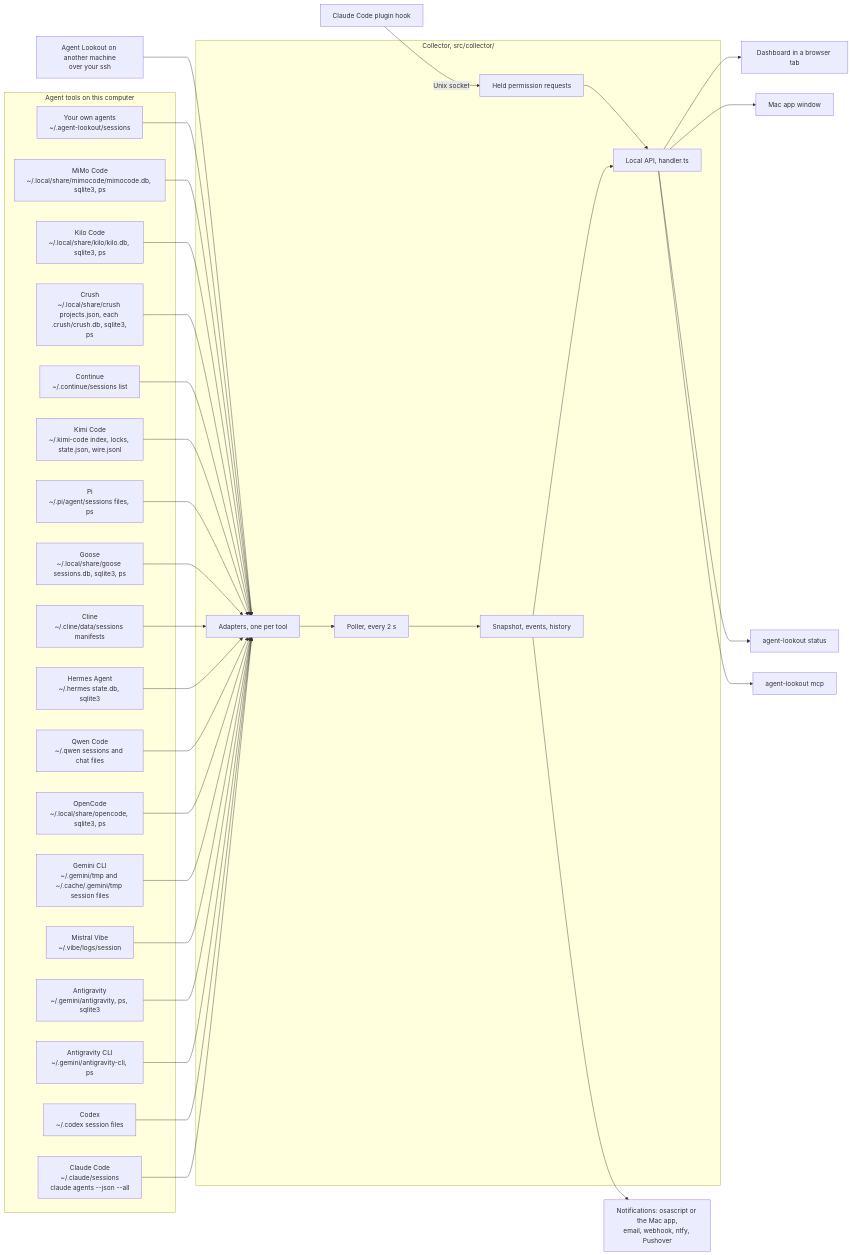
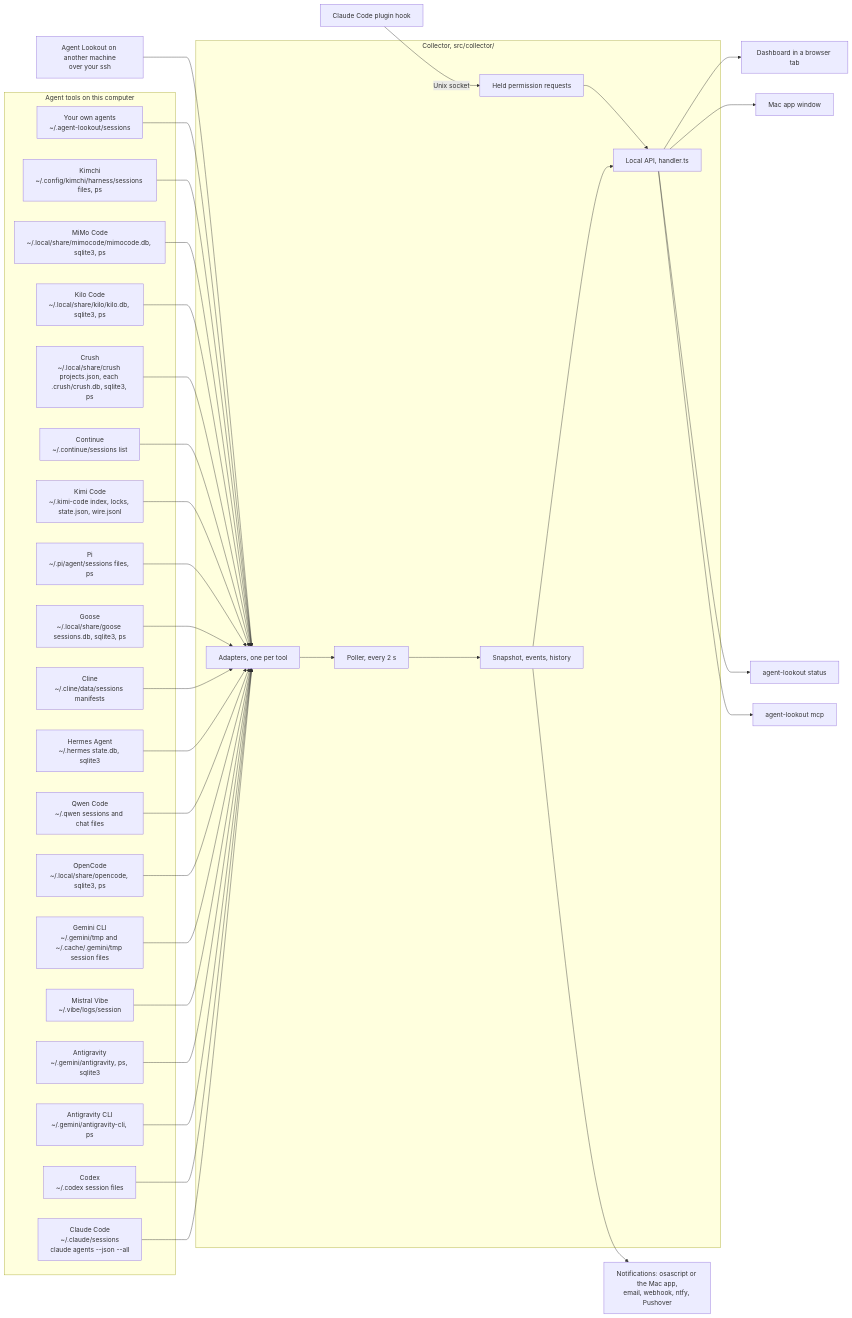
Before and after one commit to Olanetsoft/agent-lookout: the first of 4 diagrams in docs/TOUR.md, drawn with Mermaid. The commit also changed other lines of this file and 60 other files, not shown here.

````diff
--- a/docs/TOUR.md
+++ b/docs/TOUR.md
@@ -29,59 +29,61 @@
 ```mermaid
 flowchart LR
   subgraph tools["Agent tools on this computer"]
     cc["Claude Code<br/>~/.claude/sessions<br/>claude agents --json --all"]
     cx["Codex<br/>~/.codex session files"]
     ag["Antigravity CLI<br/>~/.gemini/antigravity-cli, ps"]
     aa["Antigravity<br/>~/.gemini/antigravity, ps, sqlite3"]
     mv["Mistral Vibe<br/>~/.vibe/logs/session"]
     gc["Gemini CLI<br/>~/.gemini/tmp and ~/.cache/.gemini/tmp session files"]
     oc["OpenCode<br/>~/.local/share/opencode, sqlite3, ps"]
     qw["Qwen Code<br/>~/.qwen sessions and chat files"]
     ha["Hermes Agent<br/>~/.hermes state.db, sqlite3"]
     cl["Cline<br/>~/.cline/data/sessions manifests"]
     gs["Goose<br/>~/.local/share/goose sessions.db, sqlite3, ps"]
     pi["Pi<br/>~/.pi/agent/sessions files, ps"]
     kc["Kimi Code<br/>~/.kimi-code index, locks, state.json, wire.jsonl"]
     cn["Continue<br/>~/.continue/sessions list"]
     cr["Crush<br/>~/.local/share/crush projects.json, each .crush/crush.db, sqlite3, ps"]
     kl["Kilo Code<br/>~/.local/share/kilo/kilo.db, sqlite3, ps"]
     mm["MiMo Code<br/>~/.local/share/mimocode/mimocode.db, sqlite3, ps"]
+    km["Kimchi<br/>~/.config/kimchi/harness/sessions files, ps"]
     sf["Your own agents<br/>~/.agent-lookout/sessions"]
   end
   remote["Agent Lookout on another machine<br/>over your ssh"]
   plugin["Claude Code plugin hook"]
   subgraph collector["Collector, src/collector/"]
     adapters["Adapters, one per tool"]
     poller["Poller, every 2 s"]
     snap["Snapshot, events, history"]
     api["Local API, handler.ts"]
     held["Held permission requests"]
   end
   cc --> adapters
   cx --> adapters
   ag --> adapters
   aa --> adapters
   mv --> adapters
   gc --> adapters
   oc --> adapters
   qw --> adapters
   ha --> adapters
   cl --> adapters
   gs --> adapters
   pi --> adapters
   kc --> adapters
   cn --> adapters
   cr --> adapters
   kl --> adapters
   mm --> adapters
+  km --> adapters
   sf --> adapters
   remote --> adapters
   plugin -->|"Unix socket"| held
   adapters --> poller --> snap --> api
   held --> api
   api --> page["Dashboard in a browser tab"]
   api --> mac["Mac app window"]
   api --> status["agent-lookout status"]
   api --> mcp["agent-lookout mcp"]
   snap --> channels["Notifications: osascript or the Mac app,<br/>email, webhook, ntfy, Pushover"]
 ```
````
